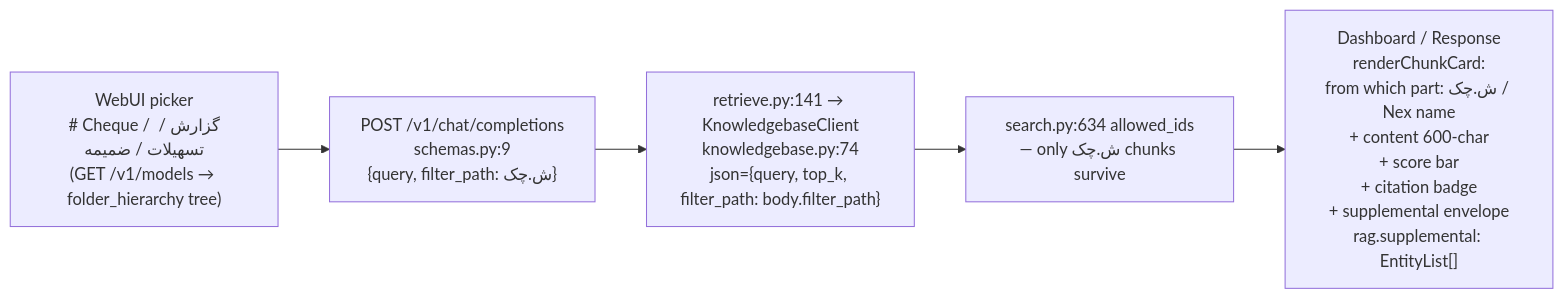
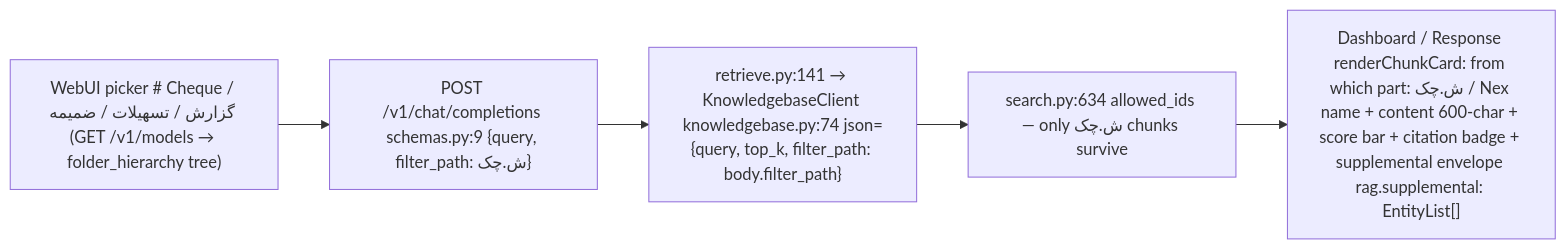
Before and after one commit to AliNikkhah2001/Work_RAG-KB: the ninth of 12 diagrams in kb-manager/README.md, drawn with Mermaid. The commit also changed other lines of this file, not shown here.

Commit message:
docs(kb-manager): remove <br/> tags from mermaid diagrams for compilation

````diff
--- a/kb-manager/README.md
+++ b/kb-manager/README.md
@@ -262,10 +262,10 @@
 ```mermaid
 flowchart LR
-    SEL["WebUI picker<br/># Cheque / گزارش / تسهیلات / ضمیمه<br/>(GET /v1/models → folder_hierarchy tree)"]
-    BODY["POST /v1/chat/completions<br/>schemas.py:9<br/>{query, filter_path: ش.چک}"]
-    FILTER["retrieve.py:141 → KnowledgebaseClient<br/>knowledgebase.py:74<br/>json={query, top_k, filter_path: body.filter_path}"]
-    LEAF["search.py:634 allowed_ids<br/>— only ش.چک chunks survive"]
-    RENDER["Dashboard / Response<br/>renderChunkCard:<br/>from which part: ش.چک / Nex name<br/>+ content 600-char<br/>+ score bar<br/>+ citation badge<br/>+ supplemental envelope<br/>rag.supplemental: EntityList[]"]
+    SEL["WebUI picker # Cheque / گزارش / تسهیلات / ضمیمه (GET /v1/models → folder_hierarchy tree)"]
+    BODY["POST /v1/chat/completions schemas.py:9 {query, filter_path: ش.چک}"]
+    FILTER["retrieve.py:141 → KnowledgebaseClient knowledgebase.py:74 json={query, top_k, filter_path: body.filter_path}"]
+    LEAF["search.py:634 allowed_ids — only ش.چک chunks survive"]
+    RENDER["Dashboard / Response renderChunkCard: from which part: ش.چک / Nex name + content 600-char + score bar + citation badge + supplemental envelope rag.supplemental: EntityList[]"]
 
     SEL --> BODY --> FILTER --> LEAF --> RENDER
 ```
````
